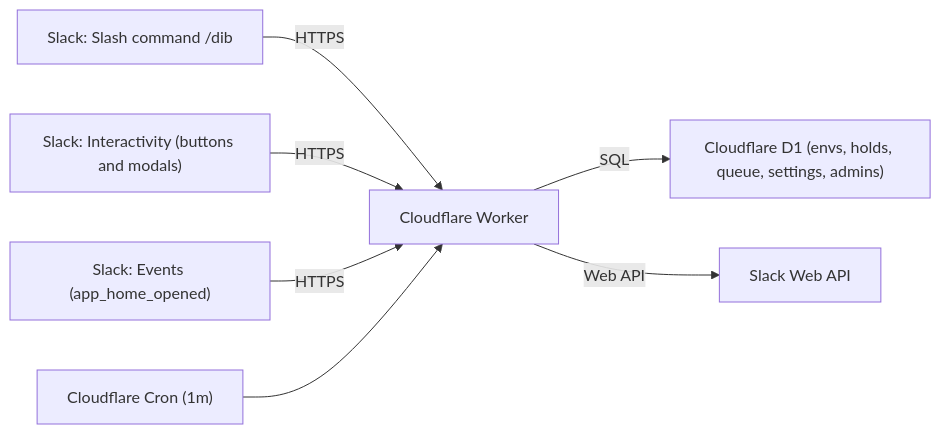
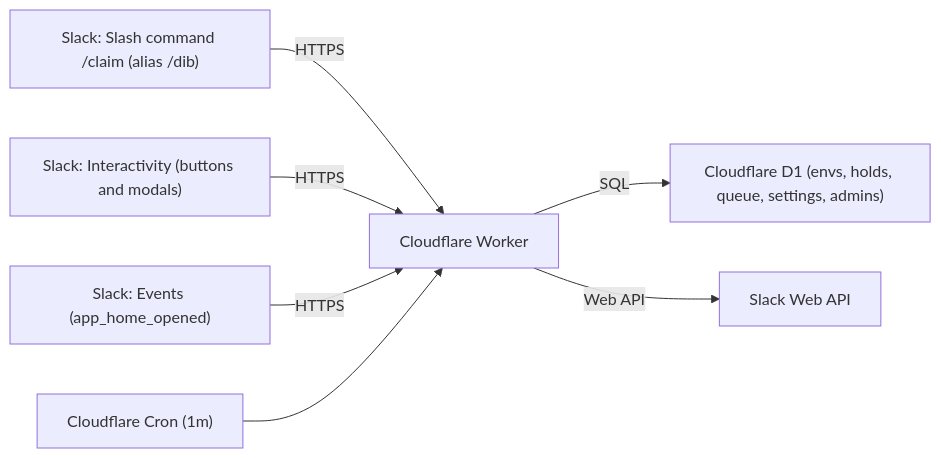
Before and after one commit to sagy101/EnvDibs: the first of 2 diagrams in README.md, drawn with Mermaid. The commit also changed other lines of this file and 14 other files, not shown here.

````diff
--- a/README.md
+++ b/README.md
@@ -63,9 +63,9 @@
 ```mermaid
 flowchart LR
-  SC["Slack: Slash command /dib"] -->|HTTPS| W["Cloudflare Worker"]
+  SC["Slack: Slash command /claim (alias /dib)"] -->|HTTPS| W["Cloudflare Worker"]
   SI["Slack: Interactivity (buttons and modals)"] -->|HTTPS| W
   SE["Slack: Events (app_home_opened)"] -->|HTTPS| W
   CRON["Cloudflare Cron (1m)"] --> W
   W -->|SQL| D["Cloudflare D1 (envs, holds, queue, settings, admins)"]
   W -->|Web API| S["Slack Web API"]
 ```
````
